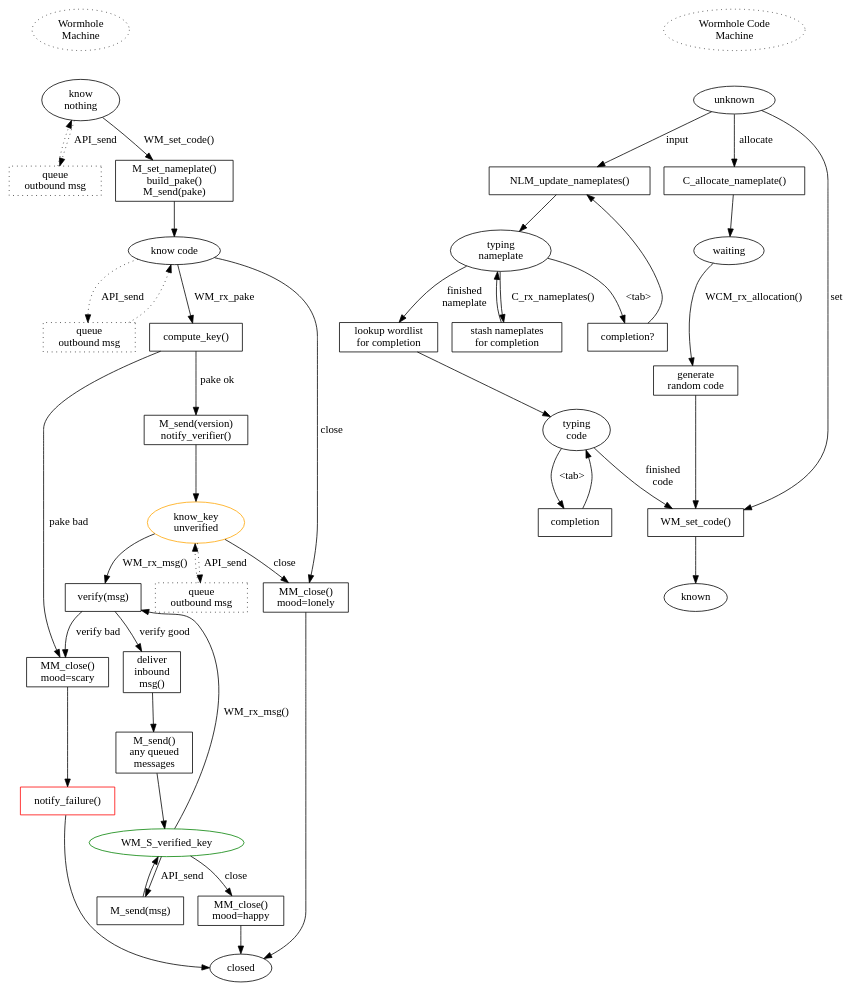
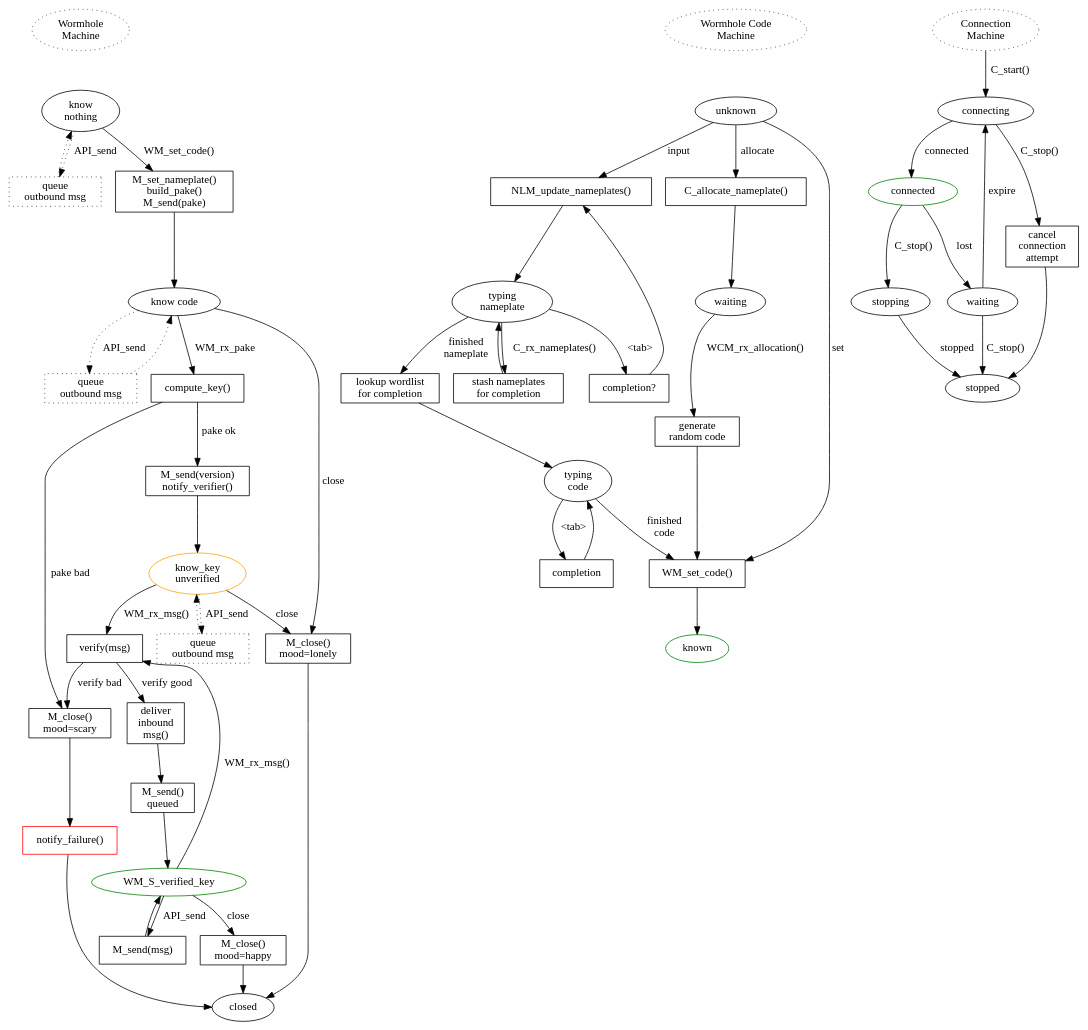
One commit to magic-wormhole/magic-wormhole changed the diagram in docs/w.dot. Above: the diagram before and after it, drawn with Graphviz. The commit also changed 1 other file, not shown here.

```diff
--- a/docs/w.dot
+++ b/docs/w.dot
@@ -31,7 +31,7 @@
         WM_P_compute_key -> WM_P_post_version [label="pake ok"]
         WM_P_compute_key -> WM_P_mood_scary [label="pake bad"]
 
-        WM_P_mood_scary [shape="box" label="MM_close()\nmood=scary"]
+        WM_P_mood_scary [shape="box" label="M_close()\nmood=scary"]
         WM_P_mood_scary -> WM_P_notify_failure
 
         WM_P_notify_failure [shape="box" label="notify_failure()" color="red"]
@@ -54,7 +54,7 @@
         WM_P_accept_msg [label="deliver\ninbound\nmsg()" shape="box"]
         WM_P_accept_msg -> WM_P_send_queued
 
-        WM_P_send_queued [shape="box" label="M_send()\nany queued\nmessages"]
+        WM_P_send_queued [shape="box" label="M_send()\nqueued"]
         WM_P_send_queued -> WM_S_verified_key
 
         WM_S_verified_key [color="green"]
@@ -62,10 +62,10 @@
         WM_S_verified_key -> WM_P_mood_happy [label="close"]
         WM_S_verified_key -> WM_P_send [label="API_send"]
 
-        WM_P_mood_happy [shape="box" label="MM_close()\nmood=happy"]
+        WM_P_mood_happy [shape="box" label="M_close()\nmood=happy"]
         WM_P_mood_happy -> WM_S_closed
 
-        WM_P_mood_lonely [shape="box" label="MM_close()\nmood=lonely"]
+        WM_P_mood_lonely [shape="box" label="M_close()\nmood=lonely"]
         WM_P_mood_lonely -> WM_S_closed
 
         WM_P_send [shape="box" label="M_send(msg)"]
@@ -80,7 +80,7 @@
         WCM_S_unknown -> WCM_P_set_code [label="set"]
         WCM_P_set_code [shape="box" label="WM_set_code()"]
         WCM_P_set_code -> WCM_S_known
-        WCM_S_known [label="known"]
+        WCM_S_known [label="known" color="green"]
 
         WCM_S_unknown -> WCM_P_list_nameplates [label="input"]
         WCM_S_typing_nameplate [label="typing\nnameplate"]
@@ -198,16 +198,21 @@
         */
 
         /* ConnectionMachine */
-        /*
-        WCM_S_known -> CM_start [style="invis"]
-        CM_start [label="Connection\nMachine" style="dotted"]
-        CM_start -> CM_S_neither [style="invis"]
-        CM_S_neither [label="neither"]
-        CM_S_neither -> CM_S_unbound
-        CM_S_unbound [label="unbound"]
-        CM_S_unbound -> CM_P_bind
-        CM_P_bind [shape="box" label="C_send(bind)"]
-        CM_P_bind -> CM_S_bound
-        CM_S_bound [label="bound"]
-        */
+        C_start [label="Connection\nMachine" style="dotted"]
+        C_start -> C_S_connecting [label="C_start()"]
+        C_S_connecting [label="connecting"]
+        C_S_connecting -> C_S_connected [label="connected"]
+        C_S_connecting -> C_P_stop_connecting [label="C_stop()"]
+        C_P_stop_connecting [shape="box" label="cancel\nconnection\nattempt"]
+        C_P_stop_connecting -> C_S_stopped
+        C_S_connected [label="connected" color="green"]
+        C_S_connected -> C_S_waiting [label="lost"]
+        C_S_waiting [label="waiting"]
+        C_S_waiting -> C_S_connecting [label="expire"]
+        C_S_waiting -> C_S_stopped [label="C_stop()"]
+        C_S_connected -> C_S_stopping [label="C_stop()"]
+        C_S_stopping [label="stopping"]
+        C_S_stopping -> C_S_stopped [label="stopped"]
+        C_S_stopped [label="stopped"]
+        
 }
```
